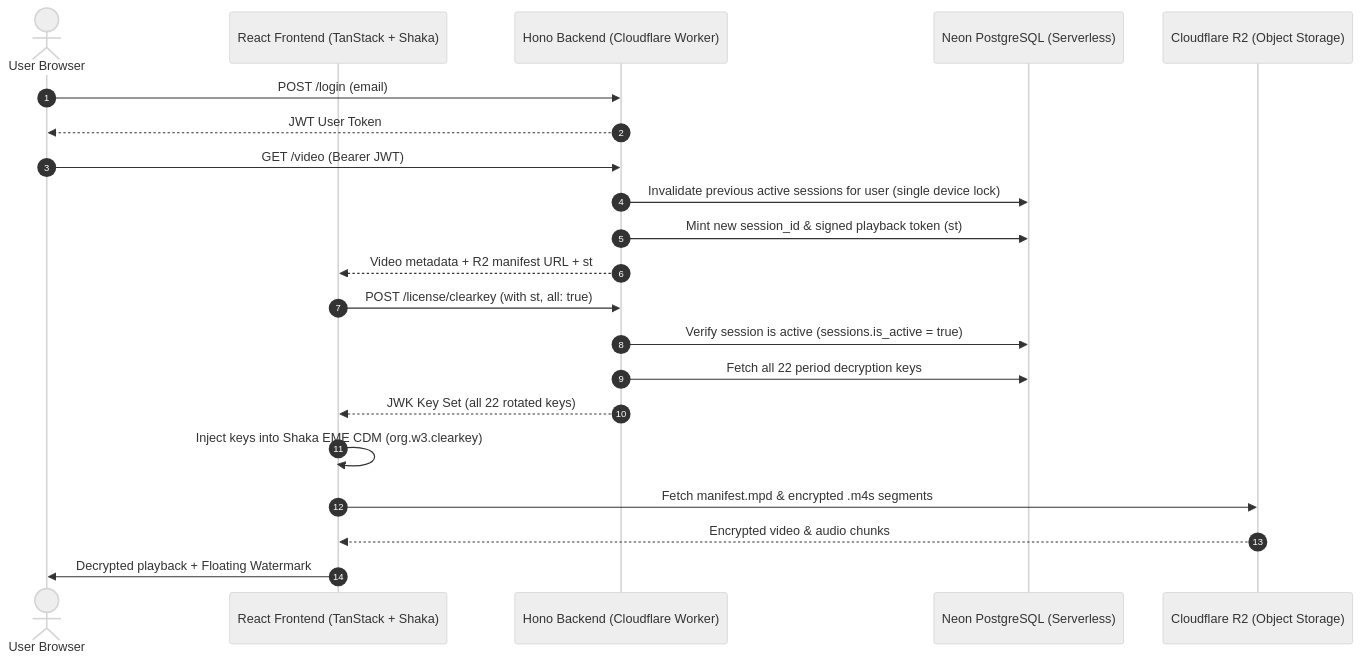
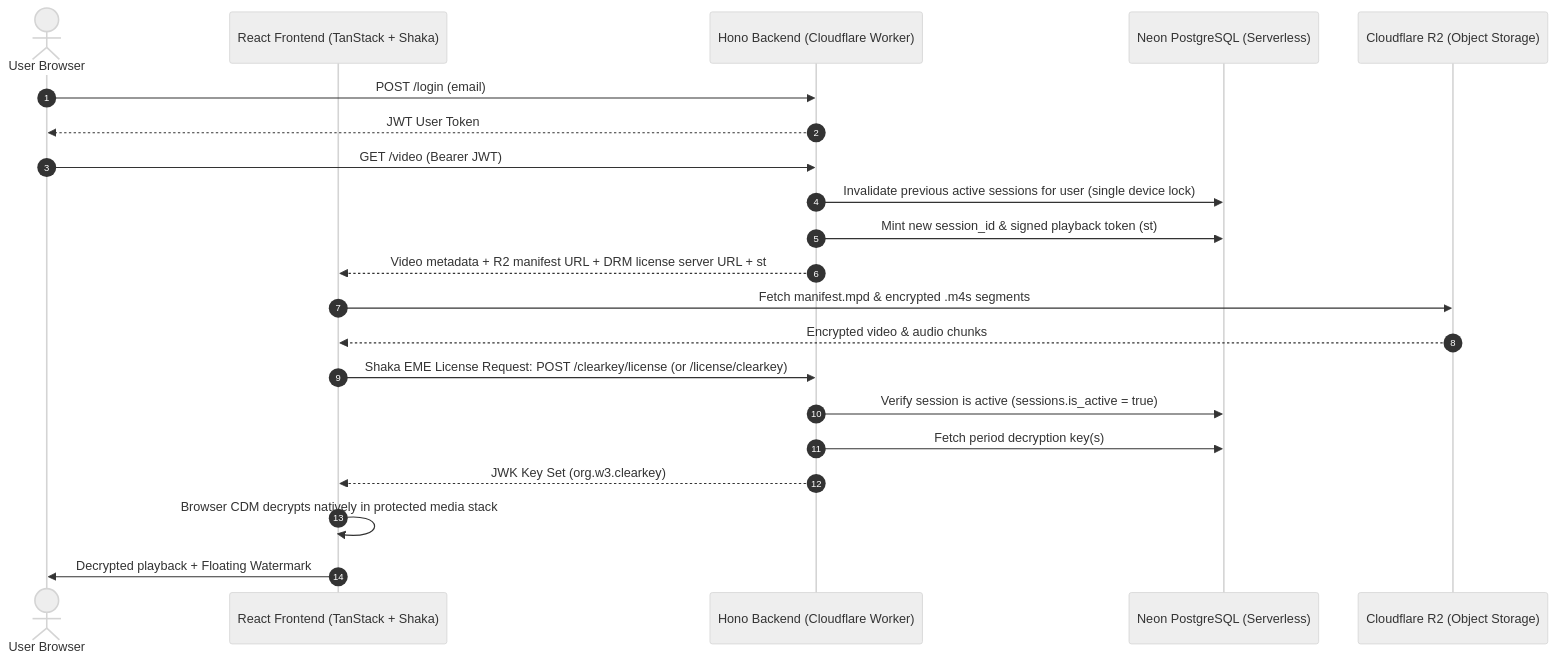
The diagram in README.md (thedhruvish/encr-veolms), drawn with Mermaid (neutral theme) before and after one commit. The commit also changed 6 other files, not shown here.

Commit message:
feat: enhance DRM license handling and update video player integration

````diff
--- a/README.md
+++ b/README.md
@@ -9,24 +9,24 @@
 ```mermaid
 sequenceDiagram
     autonumber
     actor User as User Browser
     participant React as React Frontend (TanStack + Shaka)
     participant Hono as Hono Backend (Cloudflare Worker)
     participant DB as Neon PostgreSQL (Serverless)
     participant R2 as Cloudflare R2 (Object Storage)
 
     User->>Hono: POST /login (email)
     Hono-->>User: JWT User Token
     User->>Hono: GET /video (Bearer JWT)
     Hono->>DB: Invalidate previous active sessions for user (single device lock)
     Hono->>DB: Mint new session_id & signed playback token (st)
-    Hono-->>React: Video metadata + R2 manifest URL + st
-    React->>Hono: POST /license/clearkey (with st, all: true)
-    Hono->>DB: Verify session is active (sessions.is_active = true)
-    Hono->>DB: Fetch all 22 period decryption keys
-    Hono-->>React: JWK Key Set (all 22 rotated keys)
-    React->>React: Inject keys into Shaka EME CDM (org.w3.clearkey)
+    Hono-->>React: Video metadata + R2 manifest URL + DRM license server URL + st
     React->>R2: Fetch manifest.mpd & encrypted .m4s segments
     R2-->>React: Encrypted video & audio chunks
+    React->>Hono: Shaka EME License Request: POST /clearkey/license (or /license/clearkey)
+    Hono->>DB: Verify session is active (sessions.is_active = true)
+    Hono->>DB: Fetch period decryption key(s)
+    Hono-->>React: JWK Key Set (org.w3.clearkey)
+    React->>React: Browser CDM decrypts natively in protected media stack
     React->>User: Decrypted playback + Floating Watermark
 ```
````
